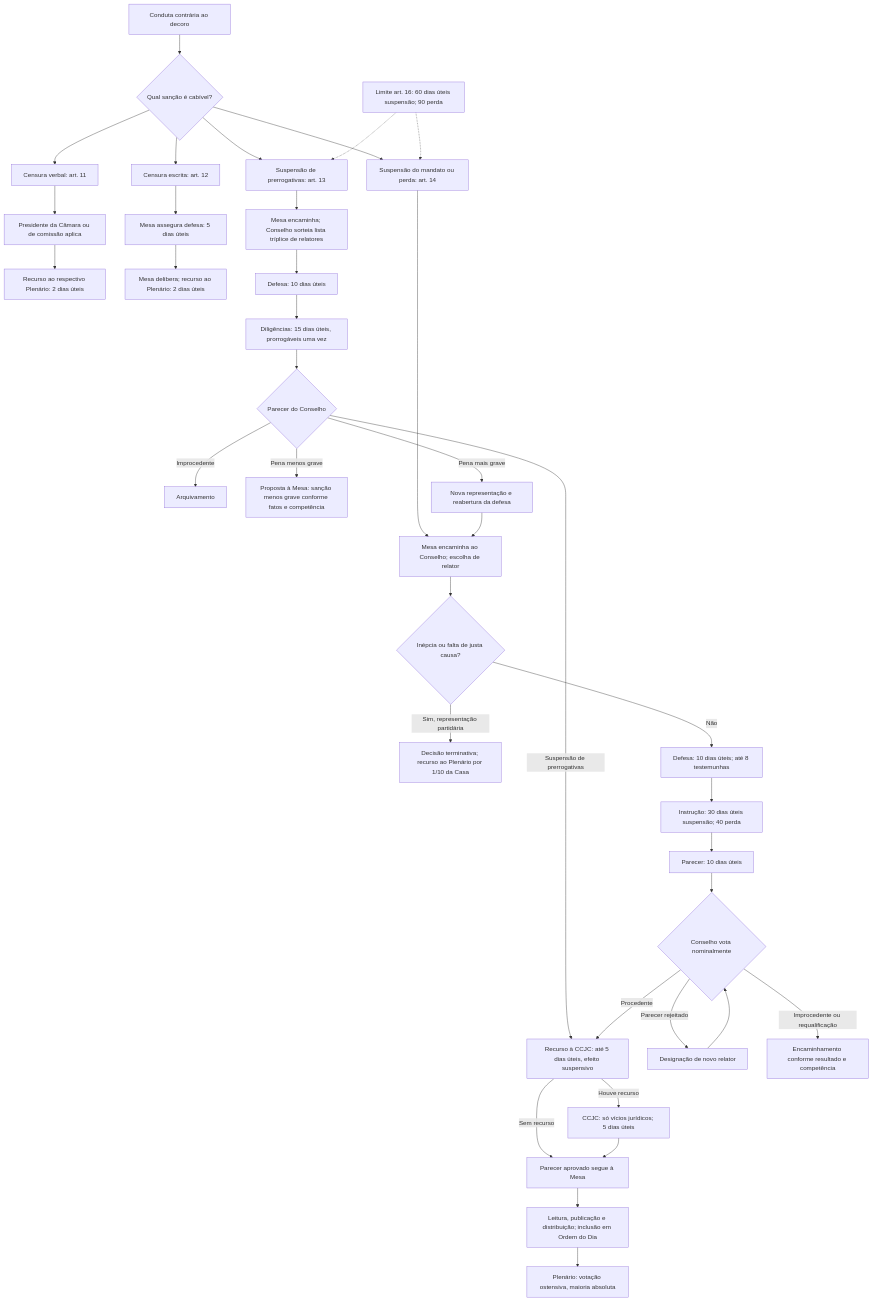
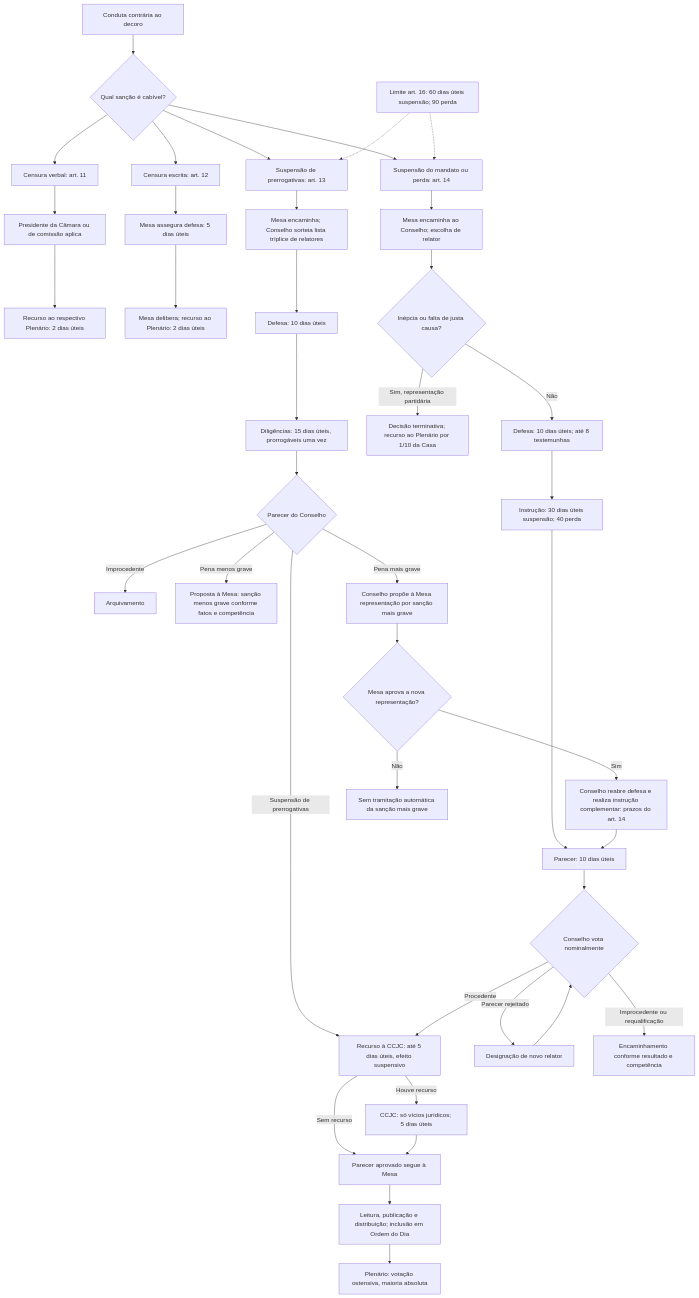
One commit to leorruas/concursos changed the diagram in 3 - Materias/Direito Constitucional/34 - codigo de etica e decoro parlamentar da camara.md. Above: the diagram before and after it, drawn with Mermaid.

Commit message:
fix: ajustar ramo agravamento art 13 III d no fluxograma DC34

````diff
--- a/3 - Materias/Direito Constitucional/34 - codigo de etica e decoro parlamentar da camara.md
+++ b/3 - Materias/Direito Constitucional/34 - codigo de etica e decoro parlamentar da camara.md
@@ -134,39 +134,42 @@
 ```mermaid
 flowchart TD
  A["Conduta contrária ao decoro"] --> B{"Qual sanção é cabível?"}
  B --> C["Censura verbal: art. 11"]
  C --> C1["Presidente da Câmara ou de comissão aplica"]
  C1 --> C2["Recurso ao respectivo Plenário: 2 dias úteis"]
  B --> D["Censura escrita: art. 12"]
  D --> D1["Mesa assegura defesa: 5 dias úteis"]
  D1 --> D2["Mesa delibera; recurso ao Plenário: 2 dias úteis"]
  B --> E["Suspensão de prerrogativas: art. 13"]
  E --> E1["Mesa encaminha; Conselho sorteia lista tríplice de relatores"]
  E1 --> E2["Defesa: 10 dias úteis"]
  E2 --> E3["Diligências: 15 dias úteis, prorrogáveis uma vez"]
  E3 --> E4{"Parecer do Conselho"}
  E4 -->|Improcedente| F["Arquivamento"]
  E4 -->|Pena menos grave| M["Proposta à Mesa: sanção menos grave conforme fatos e competência"]
- E4 -->|Pena mais grave| G["Nova representação e reabertura da defesa"]
+ E4 -->|Pena mais grave| G["Conselho propõe à Mesa representação por sanção mais grave"]
  E4 -->|Suspensão de prerrogativas| H["Recurso à CCJC: até 5 dias úteis, efeito suspensivo"]
  B --> I["Suspensão do mandato ou perda: art. 14"]
  I --> I1["Mesa encaminha ao Conselho; escolha de relator"]
  I1 --> I2{"Inépcia ou falta de justa causa?"}
  I2 -->|Sim, representação partidária| F2["Decisão terminativa; recurso ao Plenário por 1/10 da Casa"]
  I2 -->|Não| I3["Defesa: 10 dias úteis; até 8 testemunhas"]
  I3 --> I4["Instrução: 30 dias úteis suspensão; 40 perda"]
  I4 --> I5["Parecer: 10 dias úteis"]
  I5 --> I6{"Conselho vota nominalmente"}
  I6 -->|Parecer rejeitado| I7["Designação de novo relator"]
  I7 --> I6
  I6 -->|Procedente| H
  I6 -->|Improcedente ou requalificação| F3["Encaminhamento conforme resultado e competência"]
- G --> I1
+ G --> G1{"Mesa aprova a nova representação?"}
+ G1 -->|Sim| G2["Conselho reabre defesa e realiza instrução complementar: prazos do art. 14"]
+ G2 --> I5
+ G1 -->|Não| G3["Sem tramitação automática da sanção mais grave"]
  H -->|Houve recurso| H1["CCJC: só vícios jurídicos; 5 dias úteis"]
  H -->|Sem recurso| J["Parecer aprovado segue à Mesa"]
  H1 --> J
  J --> K["Leitura, publicação e distribuição; inclusão em Ordem do Dia"]
  K --> L["Plenário: votação ostensiva, maioria absoluta"]
  N["Limite art. 16: 60 dias úteis suspensão; 90 perda"] -.-> E
  N -.-> I
 ```
````
